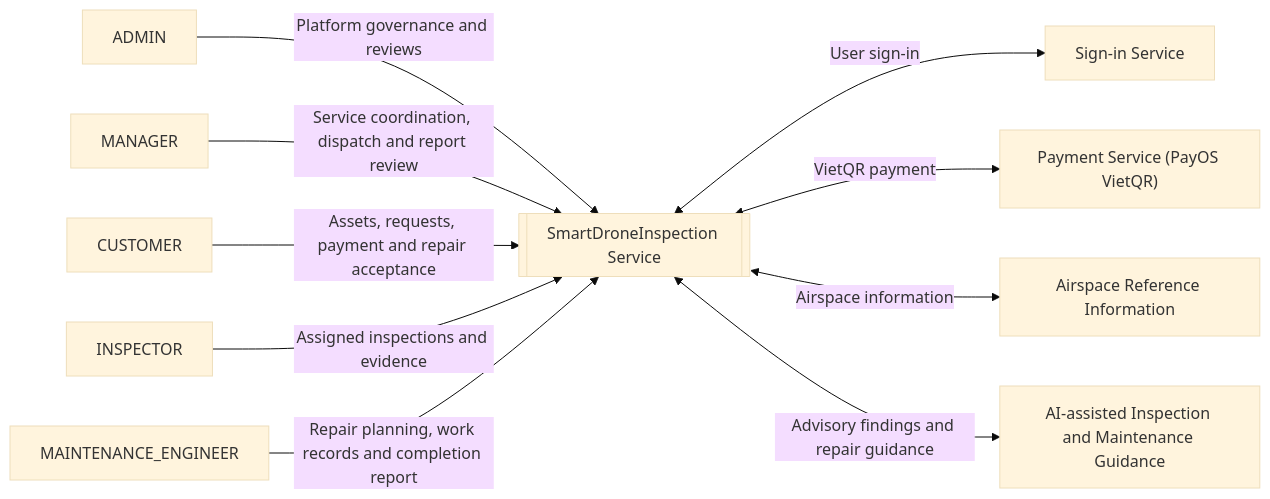
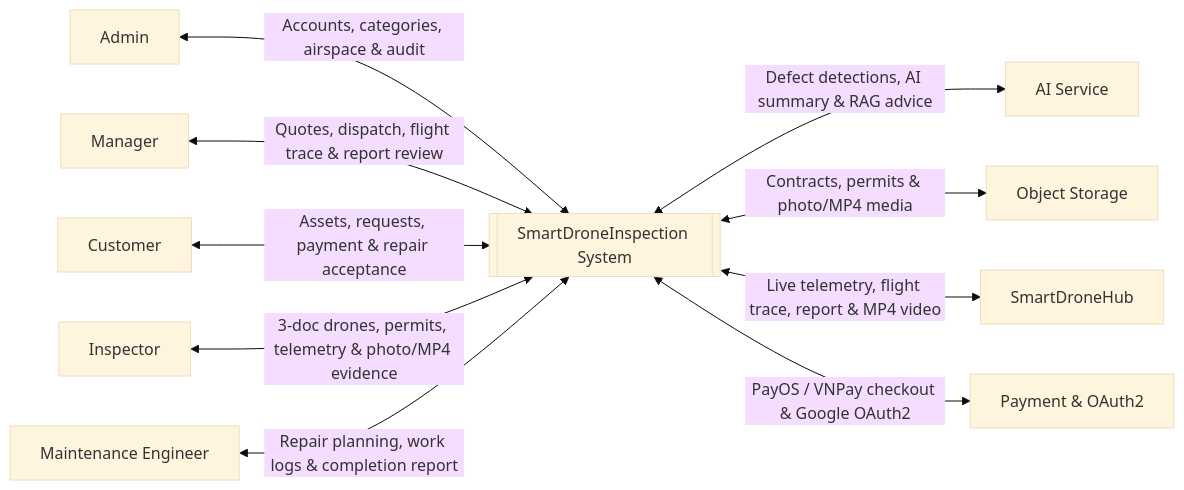
One commit to tungbach12/SmartDroneInspection-Docs changed the diagram in reports/report-3-software-requirement-specification/01-overall-description.md. Above: the diagram before and after it, drawn with Mermaid (base theme). The commit also changed other lines of this file and 206 other files, not shown here.

First line of the commit message:
docs(reports): synchronize Report 1-5 changes, update diagrams, and clean exports

````diff
--- a/reports/report-3-software-requirement-specification/01-overall-description.md
+++ b/reports/report-3-software-requirement-specification/01-overall-description.md
@@ -14,26 +14,26 @@
 ```mermaid
 %% title: System Context Diagram
 flowchart LR
-  ADMIN["ADMIN"]
-  MANAGER["MANAGER"]
-  CUSTOMER["CUSTOMER"]
-  INSPECTOR["INSPECTOR"]
-  ENGINEER["MAINTENANCE_ENGINEER"]
+  ADMIN["Admin"]
+  MANAGER["Manager"]
+  CUSTOMER["Customer"]
+  INSPECTOR["Inspector"]
+  ENGINEER["Maintenance Engineer"]
 
-  SDI[["SmartDroneInspection Service"]]
-  IDENTITY["Sign-in Service"]
-  PAYMENT["Payment Service (PayOS VietQR)"]
-  AIRSPACE["Airspace Reference Information"]
-  AI["AI-assisted Inspection and Maintenance Guidance"]
+  SDI[["SmartDroneInspection System"]]
+  AI["AI Service"]
+  STORAGE["Object Storage"]
+  HUB["SmartDroneHub"]
+  PAYMENT["Payment & OAuth2"]
 
-  ADMIN -->|"Platform governance and reviews"| SDI
-  MANAGER -->|"Service coordination, dispatch and report review"| SDI
-  CUSTOMER -->|"Assets, requests, payment and repair acceptance"| SDI
-  INSPECTOR -->|"Assigned inspections and evidence"| SDI
-  ENGINEER -->|"Repair planning, work records and completion report"| SDI
+  ADMIN <-->|"Accounts, categories, airspace & audit"| SDI
+  MANAGER <-->|"Quotes, dispatch, flight trace & report review"| SDI
+  CUSTOMER <-->|"Assets, requests, payment & repair acceptance"| SDI
+  INSPECTOR <-->|"3-doc drones, permits, telemetry & photo/MP4 evidence"| SDI
+  ENGINEER <-->|"Repair planning, work logs & completion report"| SDI
 
-  SDI <-->|"User sign-in"| IDENTITY
-  SDI <-->|"VietQR payment"| PAYMENT
-  SDI <-->|"Airspace information"| AIRSPACE
-  SDI <-->|"Advisory findings and repair guidance"| AI
+  SDI <-->|"Defect detections, AI summary & RAG advice"| AI
+  SDI <-->|"Contracts, permits & photo/MP4 media"| STORAGE
+  SDI <-->|"Live telemetry, flight trace, report & MP4 video"| HUB
+  SDI <-->|"PayOS / VNPay checkout & Google OAuth2"| PAYMENT
 ```
````
